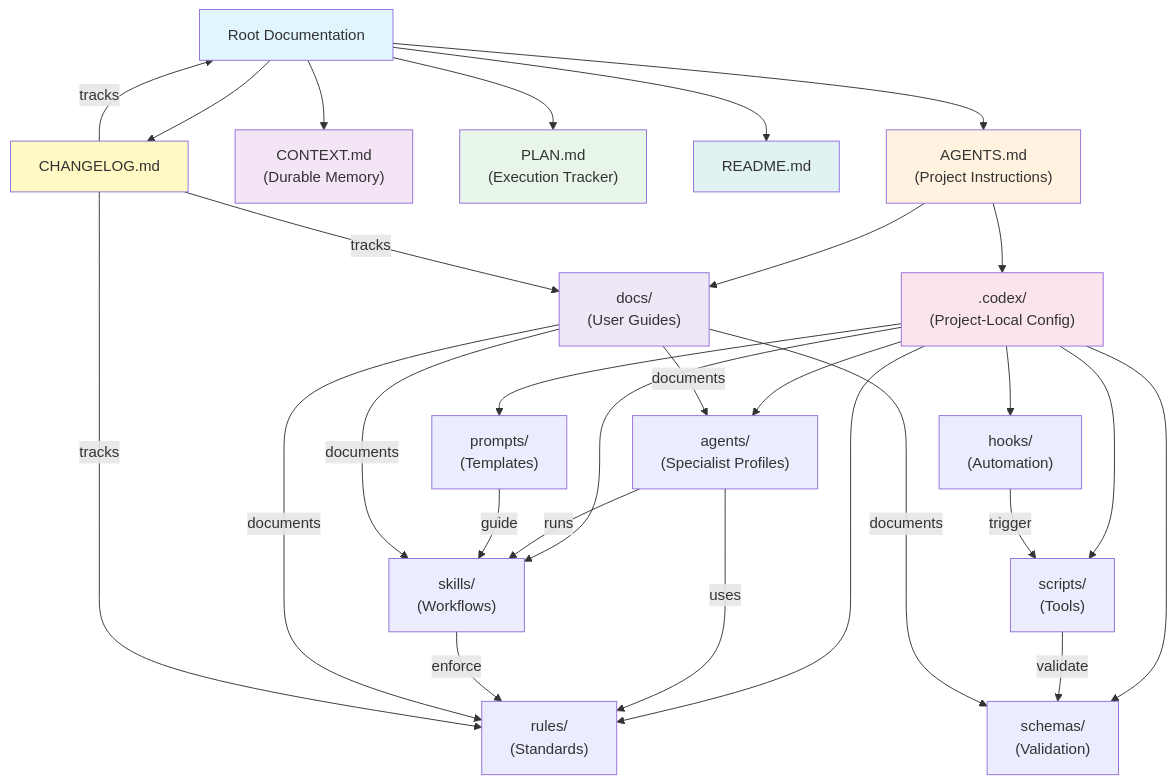
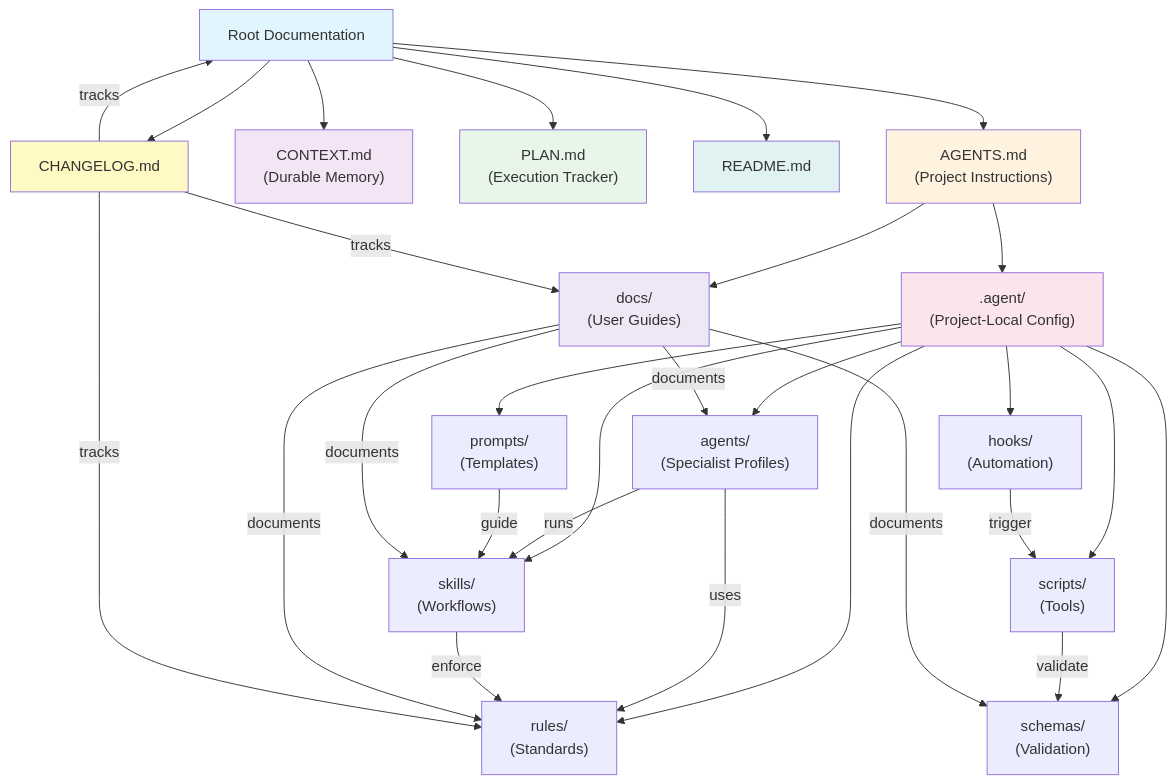
The second of 3 diagrams in GRAPH.md (rajiv-sit/dotagent), drawn with Mermaid before and after one commit. The commit also changed other lines of this file and 98 other files, not shown here.

````diff
--- a/GRAPH.md
+++ b/GRAPH.md
@@ -78,62 +78,62 @@
 ```mermaid
 graph TB
     ROOT["Root Documentation"]
     AGENTS["AGENTS.md<br/>(Project Instructions)"]
     CONTEXT["CONTEXT.md<br/>(Durable Memory)"]
     PLAN["PLAN.md<br/>(Execution Tracker)"]
     
-    CODEX[".codex/<br/>(Project-Local Config)"]
+    CODEX[".agent/<br/>(Project-Local Config)"]
     AGENTS_DIR["agents/<br/>(Specialist Profiles)"]
     RULES_DIR["rules/<br/>(Standards)"]
     SKILLS_DIR["skills/<br/>(Workflows)"]
     HOOKS_DIR["hooks/<br/>(Automation)"]
     SCRIPTS_DIR["scripts/<br/>(Tools)"]
     PROMPTS_DIR["prompts/<br/>(Templates)"]
     SCHEMAS_DIR["schemas/<br/>(Validation)"]
     
     DOCS["docs/<br/>(User Guides)"]
     README["README.md"]
     CHANGELOG["CHANGELOG.md"]
     
     ROOT --> AGENTS
     ROOT --> CONTEXT
     ROOT --> PLAN
     ROOT --> README
     ROOT --> CHANGELOG
     
     AGENTS --> CODEX
     AGENTS --> DOCS
     
     CODEX --> AGENTS_DIR
     CODEX --> RULES_DIR
     CODEX --> SKILLS_DIR
     CODEX --> HOOKS_DIR
     CODEX --> SCRIPTS_DIR
     CODEX --> PROMPTS_DIR
     CODEX --> SCHEMAS_DIR
     
     AGENTS_DIR --> |uses| RULES_DIR
     AGENTS_DIR --> |runs| SKILLS_DIR
     SKILLS_DIR --> |enforce| RULES_DIR
     HOOKS_DIR --> |trigger| SCRIPTS_DIR
     SCRIPTS_DIR --> |validate| SCHEMAS_DIR
     PROMPTS_DIR --> |guide| SKILLS_DIR
     
     DOCS --> |documents| AGENTS_DIR
     DOCS --> |documents| RULES_DIR
     DOCS --> |documents| SKILLS_DIR
     DOCS --> |documents| SCHEMAS_DIR
     
     CHANGELOG --> |tracks| ROOT
     CHANGELOG --> |tracks| RULES_DIR
     CHANGELOG --> |tracks| DOCS
     
     style ROOT fill:#e1f5ff
     style AGENTS fill:#fff3e0
     style CONTEXT fill:#f3e5f5
     style PLAN fill:#e8f5e9
     style CODEX fill:#fce4ec
     style DOCS fill:#ede7f6
     style README fill:#e0f2f1
     style CHANGELOG fill:#fff9c4
 ```
````
